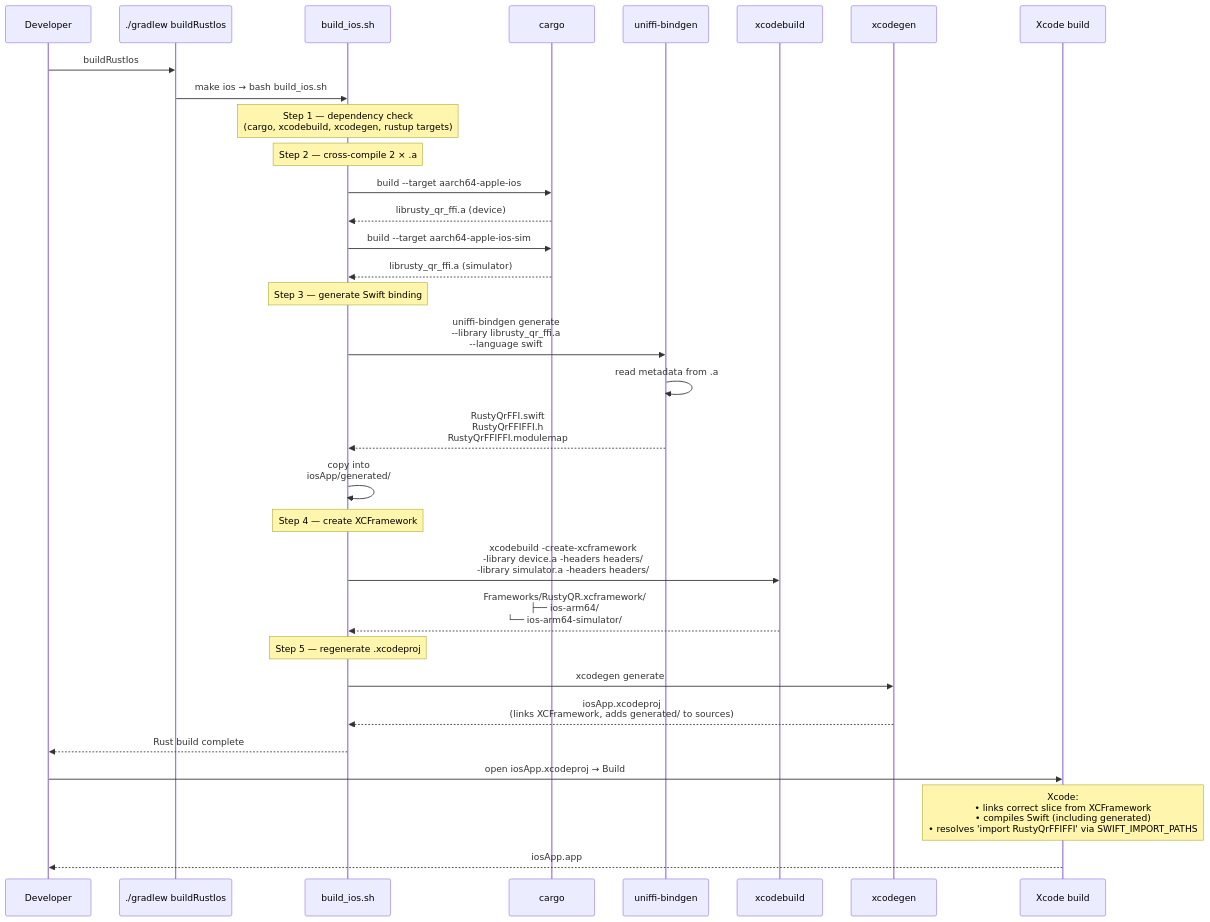
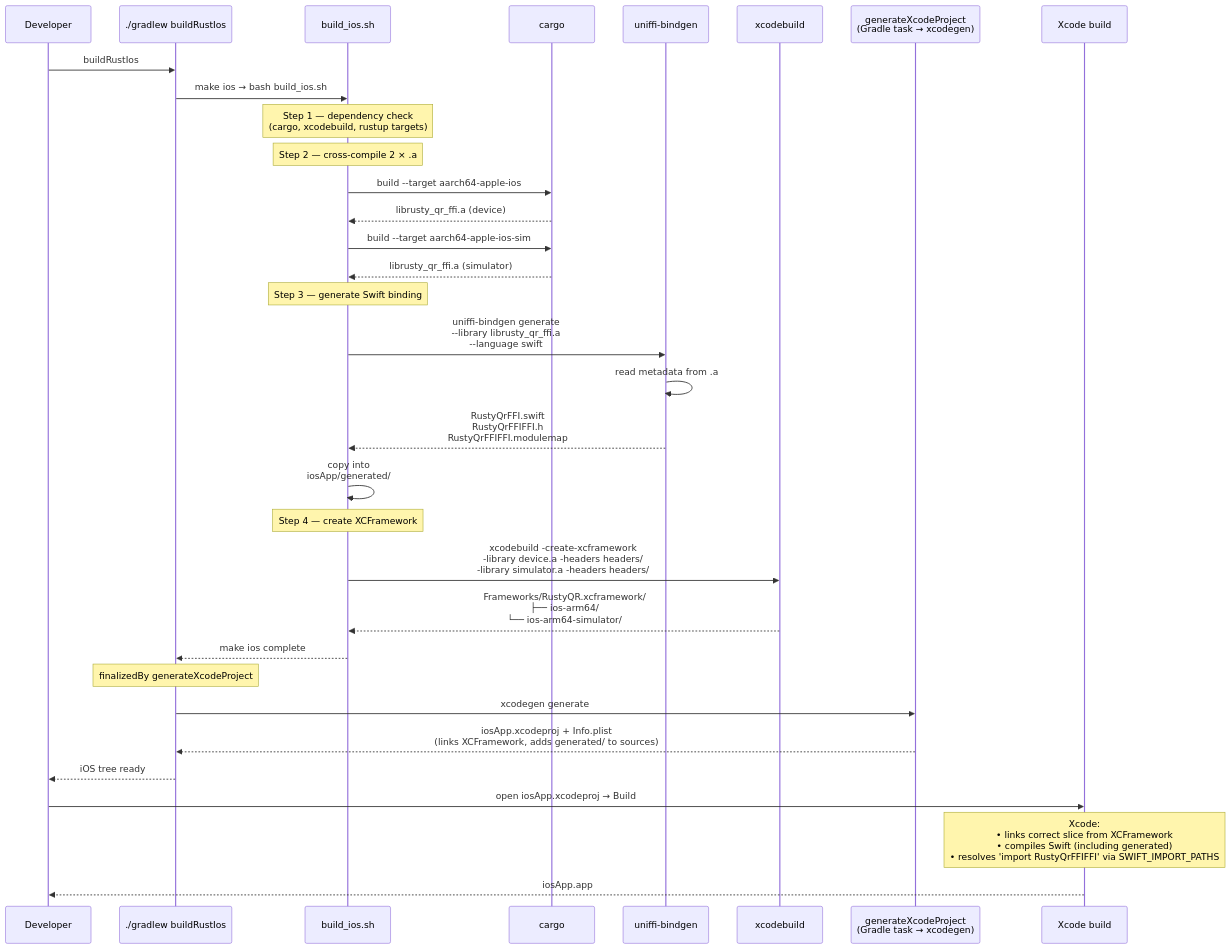
One commit to prasannajeet/RustyQR changed the fourth of 7 diagrams in docs/ARCHITECTURE.md. Above: the diagram before and after it, drawn with Mermaid. The commit also changed other lines of this file and 32 other files, not shown here.

First line of the commit message:
feat(ios): implementation of ios app

````diff
--- a/docs/ARCHITECTURE.md
+++ b/docs/ARCHITECTURE.md
@@ -259,42 +263,44 @@
 ```mermaid
 sequenceDiagram
     participant Dev as Developer
     participant G as ./gradlew buildRustIos
     participant S as build_ios.sh
     participant Cargo as cargo
     participant UB as uniffi-bindgen
     participant XCB as xcodebuild
-    participant XCG as xcodegen
+    participant XCG as generateXcodeProject<br/>(Gradle task → xcodegen)
     participant Xcode as Xcode build
 
     Dev->>G: buildRustIos
     G->>S: make ios → bash build_ios.sh
 
-    Note over S: Step 1 — dependency check<br/>(cargo, xcodebuild, xcodegen, rustup targets)
+    Note over S: Step 1 — dependency check<br/>(cargo, xcodebuild, rustup targets)
 
     Note over S: Step 2 — cross-compile 2 × .a
     S->>Cargo: build --target aarch64-apple-ios
     Cargo-->>S: librusty_qr_ffi.a (device)
     S->>Cargo: build --target aarch64-apple-ios-sim
     Cargo-->>S: librusty_qr_ffi.a (simulator)
 
     Note over S: Step 3 — generate Swift binding
     S->>UB: uniffi-bindgen generate<br/>--library librusty_qr_ffi.a<br/>--language swift
     UB->>UB: read metadata from .a
     UB-->>S: RustyQrFFI.swift<br/>RustyQrFFIFFI.h<br/>RustyQrFFIFFI.modulemap
     S->>S: copy into<br/>iosApp/generated/
 
     Note over S: Step 4 — create XCFramework
     S->>XCB: xcodebuild -create-xcframework<br/>-library device.a -headers headers/<br/>-library simulator.a -headers headers/
     XCB-->>S: Frameworks/RustyQR.xcframework/<br/>├── ios-arm64/<br/>└── ios-arm64-simulator/
 
-    Note over S: Step 5 — regenerate .xcodeproj
-    S->>XCG: xcodegen generate
-    XCG-->>S: iosApp.xcodeproj<br/>(links XCFramework, adds generated/ to sources)
+    S-->>G: make ios complete
 
-    S-->>Dev: Rust build complete
+    Note over G: finalizedBy generateXcodeProject
+    G->>XCG: xcodegen generate
+    XCG-->>G: iosApp.xcodeproj + Info.plist<br/>(links XCFramework, adds generated/ to sources)
+
+    G-->>Dev: iOS tree ready
 
     Dev->>Xcode: open iosApp.xcodeproj → Build
     Note over Xcode: Xcode:<br/>• links correct slice from XCFramework<br/>• compiles Swift (including generated)<br/>• resolves 'import RustyQrFFIFFI' via SWIFT_IMPORT_PATHS
     Xcode-->>Dev: iosApp.app
 ```
````
